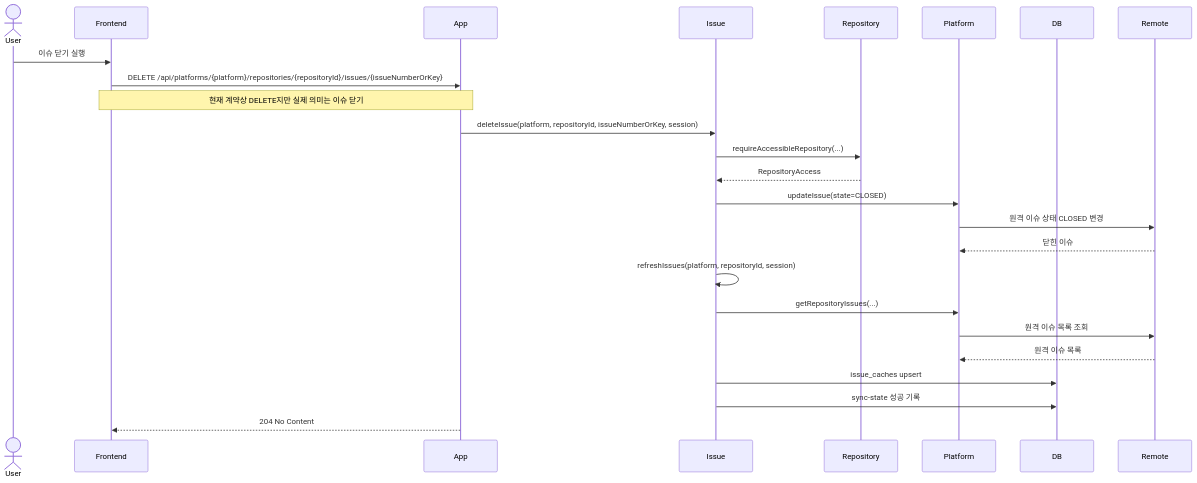
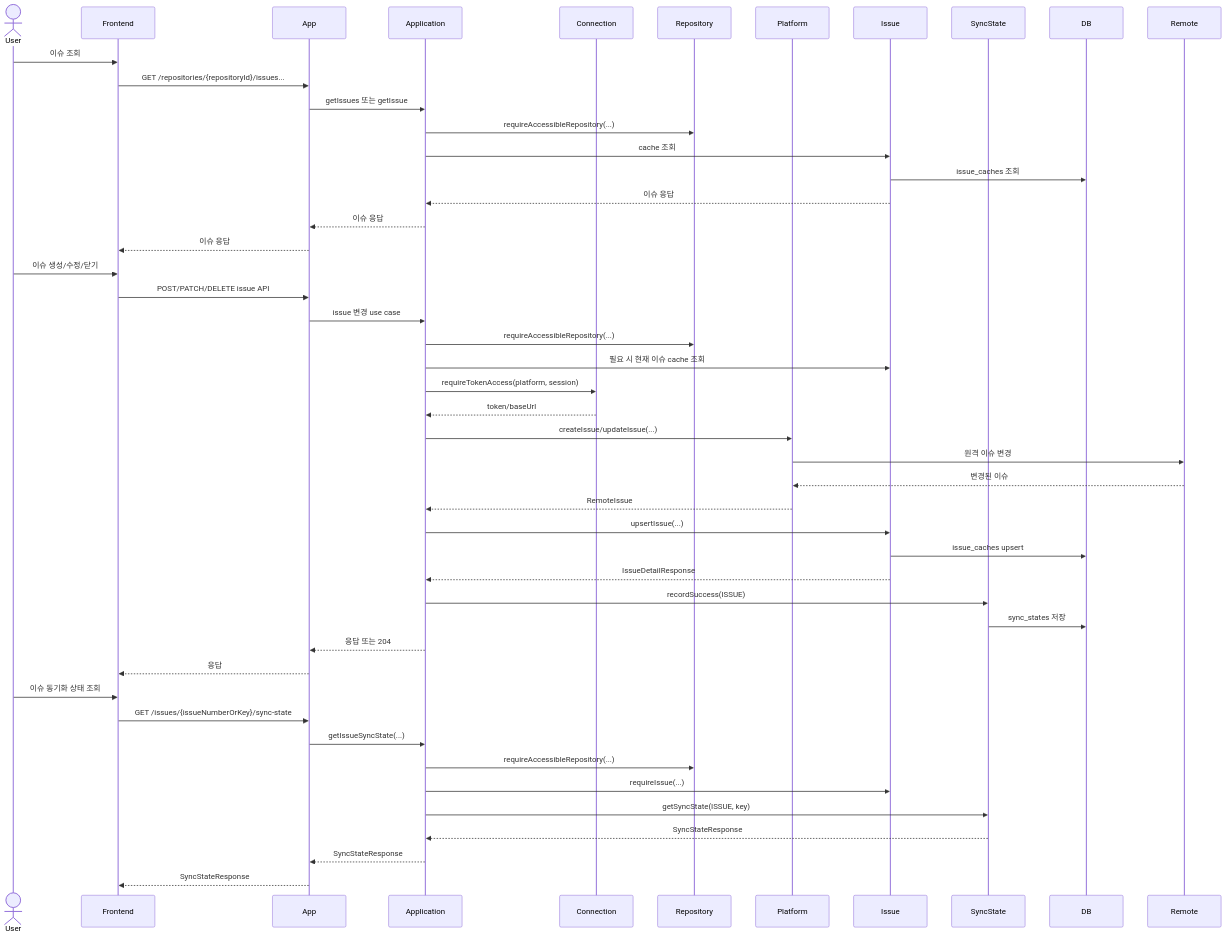
The sixth of 7 diagrams in docs/11-use-case-sequence-diagrams.md (Jungwoook/github-issue-manager), drawn with Mermaid before and after one commit. The commit also changed other lines of this file and 10 other files, not shown here.

````diff
--- a/docs/11-use-case-sequence-diagrams.md
+++ b/docs/11-use-case-sequence-diagrams.md
@@ -347,28 +182,53 @@
 ```mermaid
 sequenceDiagram
     actor User
     participant Frontend
     participant App
-    participant Issue
+    participant Application
+    participant Connection
     participant Repository
     participant Platform
+    participant Issue
+    participant SyncState
     participant DB
     participant Remote
 
-    User->>Frontend: 이슈 닫기 실행
-    Frontend->>App: DELETE /api/platforms/{platform}/repositories/{repositoryId}/issues/{issueNumberOrKey}
-    Note over Frontend,App: 현재 계약상 DELETE지만 실제 의미는 이슈 닫기
-    App->>Issue: deleteIssue(platform, repositoryId, issueNumberOrKey, session)
-    Issue->>Repository: requireAccessibleRepository(...)
-    Repository-->>Issue: RepositoryAccess
-    Issue->>Platform: updateIssue(state=CLOSED)
-    Platform->>Remote: 원격 이슈 상태 CLOSED 변경
-    Remote-->>Platform: 닫힌 이슈
-    Issue->>Issue: refreshIssues(platform, repositoryId, session)
-    Issue->>Platform: getRepositoryIssues(...)
-    Platform->>Remote: 원격 이슈 목록 조회
-    Remote-->>Platform: 원격 이슈 목록
+    User->>Frontend: 이슈 조회
+    Frontend->>App: GET /repositories/{repositoryId}/issues...
+    App->>Application: getIssues 또는 getIssue
+    Application->>Repository: requireAccessibleRepository(...)
+    Application->>Issue: cache 조회
+    Issue->>DB: issue_caches 조회
+    Issue-->>Application: 이슈 응답
+    Application-->>App: 이슈 응답
+    App-->>Frontend: 이슈 응답
+
+    User->>Frontend: 이슈 생성/수정/닫기
+    Frontend->>App: POST/PATCH/DELETE issue API
+    App->>Application: issue 변경 use case
+    Application->>Repository: requireAccessibleRepository(...)
+    Application->>Issue: 필요 시 현재 이슈 cache 조회
+    Application->>Connection: requireTokenAccess(platform, session)
+    Connection-->>Application: token/baseUrl
+    Application->>Platform: createIssue/updateIssue(...)
+    Platform->>Remote: 원격 이슈 변경
+    Remote-->>Platform: 변경된 이슈
+    Platform-->>Application: RemoteIssue
+    Application->>Issue: upsertIssue(...)
     Issue->>DB: issue_caches upsert
-    Issue->>DB: sync-state 성공 기록
-    App-->>Frontend: 204 No Content
+    Issue-->>Application: IssueDetailResponse
+    Application->>SyncState: recordSuccess(ISSUE)
+    SyncState->>DB: sync_states 저장
+    Application-->>App: 응답 또는 204
+    App-->>Frontend: 응답
+
+    User->>Frontend: 이슈 동기화 상태 조회
+    Frontend->>App: GET /issues/{issueNumberOrKey}/sync-state
+    App->>Application: getIssueSyncState(...)
+    Application->>Repository: requireAccessibleRepository(...)
+    Application->>Issue: requireIssue(...)
+    Application->>SyncState: getSyncState(ISSUE, key)
+    SyncState-->>Application: SyncStateResponse
+    Application-->>App: SyncStateResponse
+    App-->>Frontend: SyncStateResponse
 ```
````
